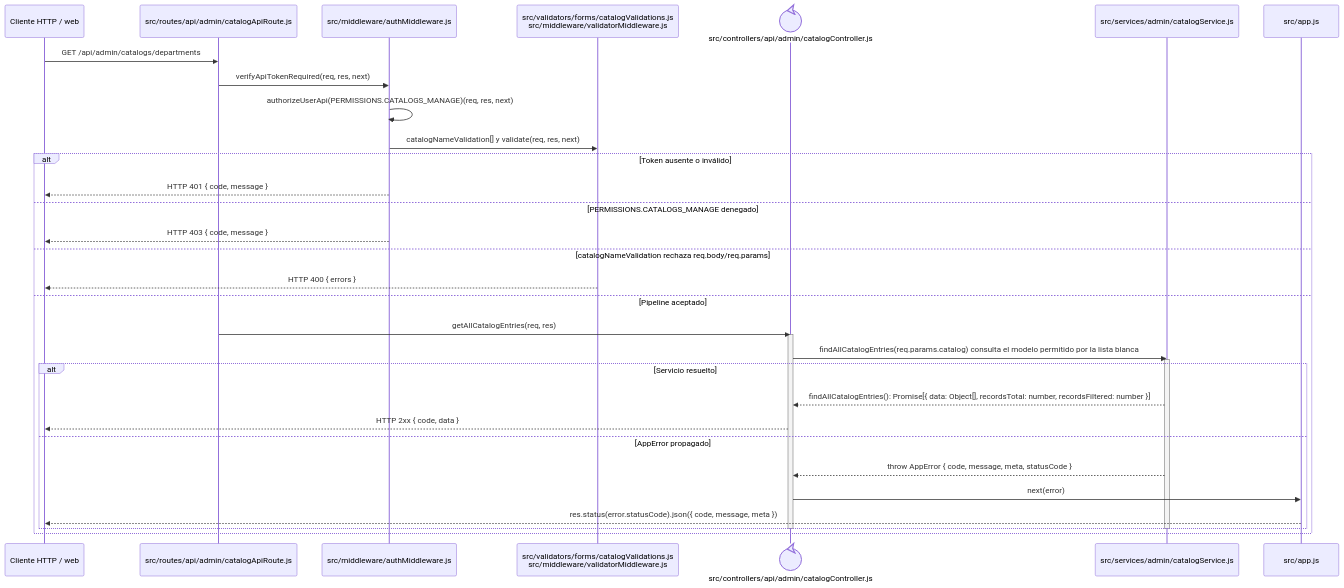
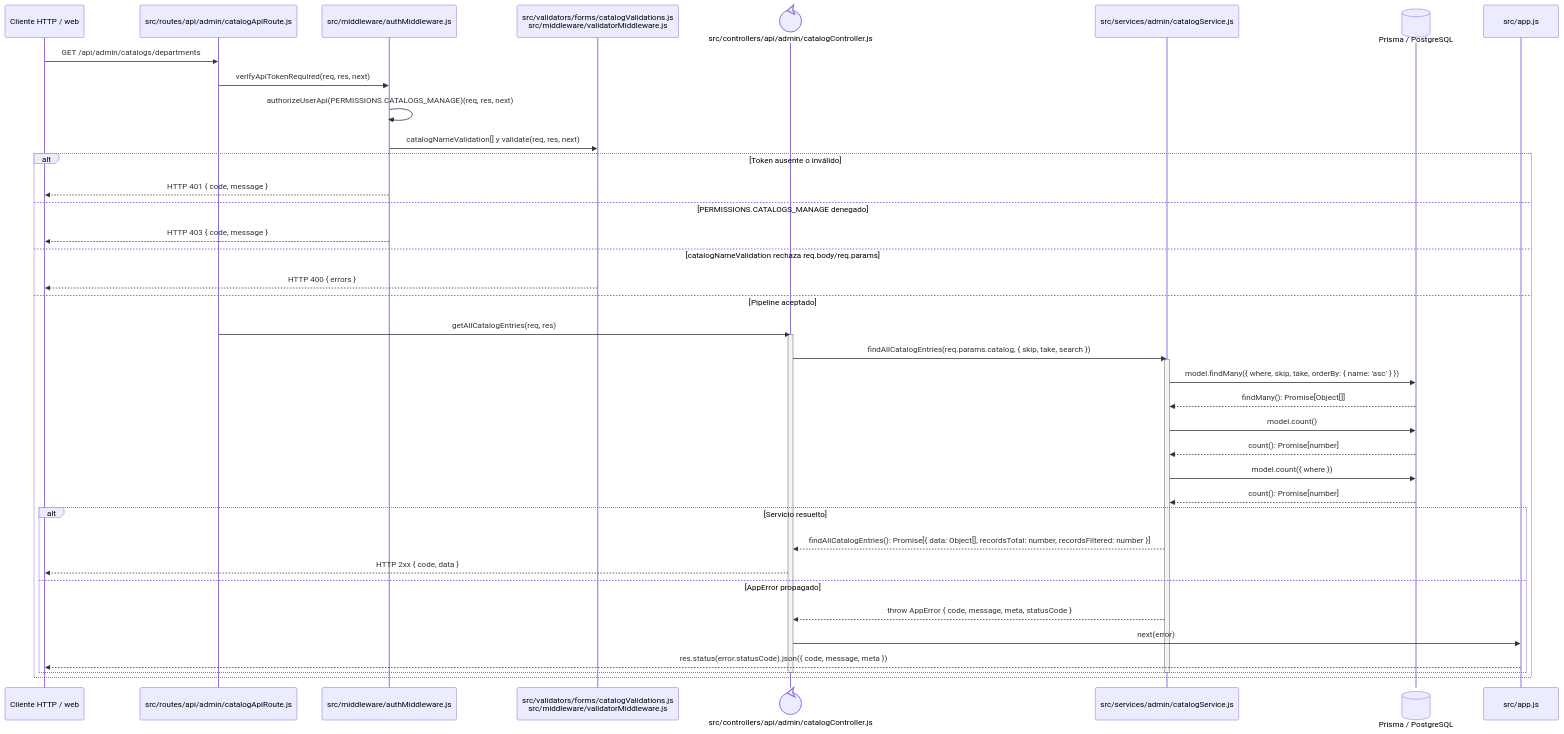
One commit to gpgsistemas01/nexus changed the diagram in docs/architecture/backend-code-sequences/catalogs/cu-cat-09.md. Above: the diagram before and after it, drawn with Mermaid. The commit also changed 22 other files, not shown here.

````diff
--- a/docs/architecture/backend-code-sequences/catalogs/cu-cat-09.md
+++ b/docs/architecture/backend-code-sequences/catalogs/cu-cat-09.md
@@ -6,37 +6,44 @@
 ```mermaid
 sequenceDiagram
     participant Client as Cliente HTTP / web
     participant Route as src/routes/api/admin/catalogApiRoute.js
     participant Auth as src/middleware/authMiddleware.js
     participant Validator as src/validators/forms/catalogValidations.js<br/>src/middleware/validatorMiddleware.js
     participant Controller@{ "type": "control" } as src/controllers/api/admin/catalogController.js
     participant Domain as src/services/admin/catalogService.js
+    participant Prisma@{ "type": "database" } as Prisma / PostgreSQL
     participant ErrorHandler as src/app.js
 
     Client->>Route: GET /api/admin/catalogs/departments
     Route->>Auth: verifyApiTokenRequired(req, res, next)
     Auth->>Auth: authorizeUserApi(PERMISSIONS.CATALOGS_MANAGE)(req, res, next)
     Auth->>Validator: catalogNameValidation[] y validate(req, res, next)
     alt Token ausente o inválido
         Auth-->>Client: HTTP 401 { code, message }
     else PERMISSIONS.CATALOGS_MANAGE denegado
         Auth-->>Client: HTTP 403 { code, message }
     else catalogNameValidation rechaza req.body/req.params
         Validator-->>Client: HTTP 400 { errors }
     else Pipeline aceptado
         Route->>Controller: getAllCatalogEntries(req, res)
         activate Controller
-        Controller->>Domain: findAllCatalogEntries(req.params.catalog) consulta el modelo permitido por la lista blanca
+        Controller->>Domain: findAllCatalogEntries(req.params.catalog, { skip, take, search })
         activate Domain
+        Domain->>Prisma: model.findMany({ where, skip, take, orderBy: { name: 'asc' } })
+        Prisma-->>Domain: findMany(): Promise[Object[]]
+        Domain->>Prisma: model.count()
+        Prisma-->>Domain: count(): Promise[number]
+        Domain->>Prisma: model.count({ where })
+        Prisma-->>Domain: count(): Promise[number]
         alt Servicio resuelto
             Domain-->>Controller: findAllCatalogEntries(): Promise[{ data: Object[], recordsTotal: number, recordsFiltered: number }]
             Controller-->>Client: HTTP 2xx { code, data }
         else AppError propagado
             Domain-->>Controller: throw AppError { code, message, meta, statusCode }
             Controller->>ErrorHandler: next(error)
             ErrorHandler-->>Client: res.status(error.statusCode).json({ code, message, meta })
         end
         deactivate Domain
         deactivate Controller
     end
 ```
````
